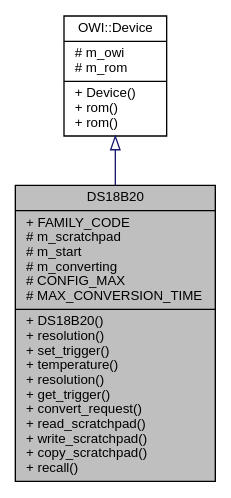
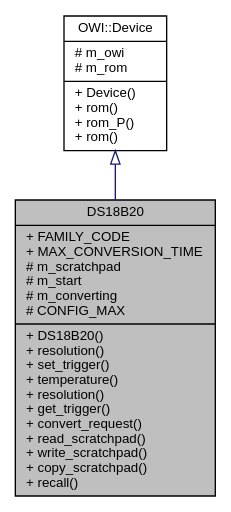
The diagram in Arduino-OWI/d8/d99/classDS18B20__inherit__graph.dot (mikaelpatel/mikaelpatel.github.io), drawn with Graphviz before and after one commit. The commit also changed 133 other files, not shown here.

```diff
--- a/Arduino-OWI/d8/d99/classDS18B20__inherit__graph.dot
+++ b/Arduino-OWI/d8/d99/classDS18B20__inherit__graph.dot
@@ -1,8 +1,8 @@
 digraph "DS18B20"
 {
   edge [fontname="Helvetica",fontsize="10",labelfontname="Helvetica",labelfontsize="10"];
   node [fontname="Helvetica",fontsize="10",shape=record];
-  Node1 [label="{DS18B20\n|+ FAMILY_CODE\l# m_scratchpad\l# m_start\l# m_converting\l# CONFIG_MAX\l# MAX_CONVERSION_TIME\l|+ DS18B20()\l+ resolution()\l+ set_trigger()\l+ temperature()\l+ resolution()\l+ get_trigger()\l+ convert_request()\l+ read_scratchpad()\l+ write_scratchpad()\l+ copy_scratchpad()\l+ recall()\l}",height=0.2,width=0.4,color="black", fillcolor="grey75", style="filled", fontcolor="black"];
+  Node1 [label="{DS18B20\n|+ FAMILY_CODE\l+ MAX_CONVERSION_TIME\l# m_scratchpad\l# m_start\l# m_converting\l# CONFIG_MAX\l|+ DS18B20()\l+ resolution()\l+ set_trigger()\l+ temperature()\l+ resolution()\l+ get_trigger()\l+ convert_request()\l+ read_scratchpad()\l+ write_scratchpad()\l+ copy_scratchpad()\l+ recall()\l}",height=0.2,width=0.4,color="black", fillcolor="grey75", style="filled", fontcolor="black"];
   Node2 -> Node1 [dir="back",color="midnightblue",fontsize="10",style="solid",arrowtail="onormal",fontname="Helvetica"];
-  Node2 [label="{OWI::Device\n|# m_owi\l# m_rom\l|+ Device()\l+ rom()\l+ rom()\l}",height=0.2,width=0.4,color="black", fillcolor="white", style="filled",URL="$d0/d7f/classOWI_1_1Device.html"];
+  Node2 [label="{OWI::Device\n|# m_owi\l# m_rom\l|+ Device()\l+ rom()\l+ rom_P()\l+ rom()\l}",height=0.2,width=0.4,color="black", fillcolor="white", style="filled",URL="$d0/d7f/classOWI_1_1Device.html"];
 }
```
